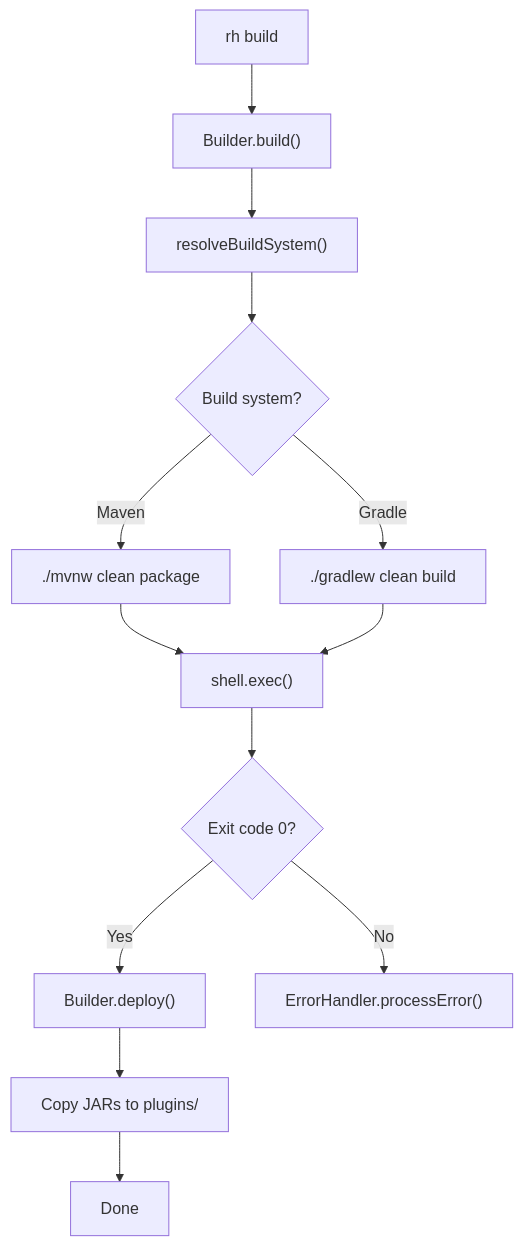
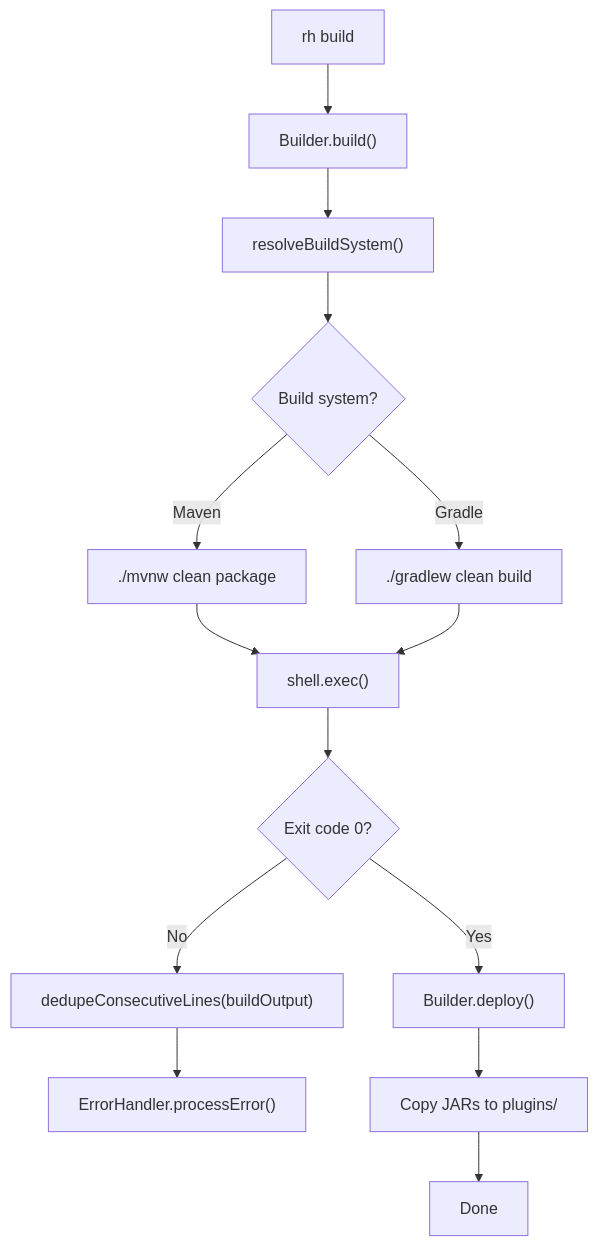
One commit to SoftInstigate/restheart-cli changed the second of 3 diagrams in openwiki/operations/runbook.md. Above: the diagram before and after it, drawn with Mermaid. The commit also changed other lines of this file and 18 other files, not shown here.

````diff
--- a/openwiki/operations/runbook.md
+++ b/openwiki/operations/runbook.md
@@ -169,15 +175,16 @@
 ```mermaid
 flowchart TD
     A["rh build"] --> B["Builder.build()"]
     B --> C["resolveBuildSystem()"]
     C --> D{"Build system?"}
     D -->|"Maven"| E["./mvnw clean package"]
     D -->|"Gradle"| F["./gradlew clean build"]
     E --> G["shell.exec()"]
     F --> G
     G --> H{"Exit code 0?"}
     H -->|Yes| I["Builder.deploy()"]
-    H -->|No| J["ErrorHandler.processError()"]
-    I --> K["Copy JARs to plugins/"]
-    K --> L["Done"]
+    H -->|No| J["dedupeConsecutiveLines(buildOutput)"]
+    J --> K["ErrorHandler.processError()"]
+    I --> L["Copy JARs to plugins/"]
+    L --> M["Done"]
 ```
````
